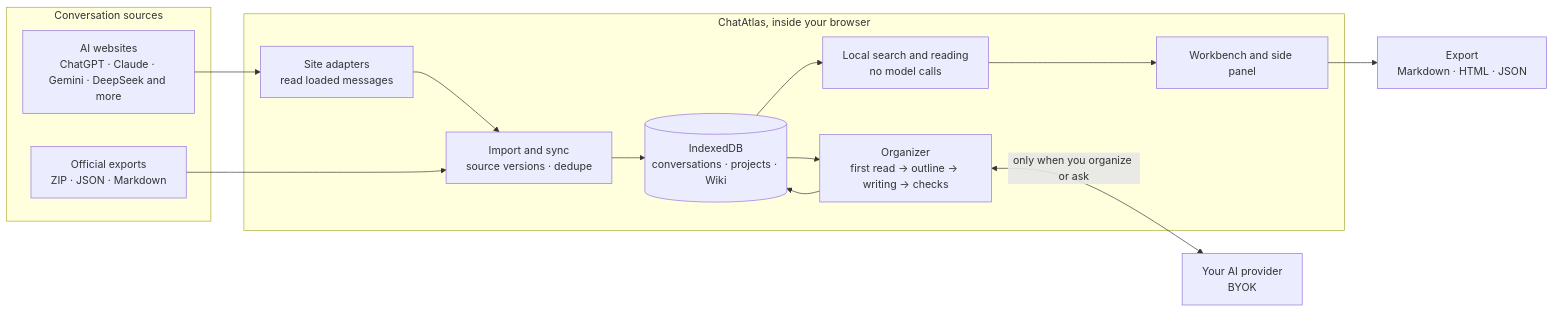
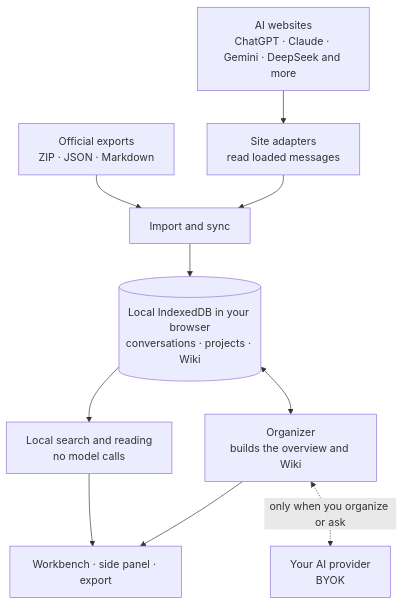
The diagram in README.en.md (CNZHM666/ChatAtlas), drawn with Mermaid before and after one commit. The commit also changed 1 other file, not shown here.

Commit message:
Draw the architecture diagram top to bottom with fewer, shorter nodes so it stays readable in the README column

````diff
--- a/README.en.md
+++ b/README.en.md
@@ -136,25 +136,12 @@
 ```mermaid
-flowchart LR
-  subgraph SRC["Conversation sources"]
-    WEB["AI websites<br/>ChatGPT · Claude · Gemini · DeepSeek and more"]
-    FILE["Official exports<br/>ZIP · JSON · Markdown"]
-  end
-  subgraph EXT["ChatAtlas, inside your browser"]
-    CAP["Site adapters<br/>read loaded messages"]
-    SYNC["Import and sync<br/>source versions · dedupe"]
-    DB[("IndexedDB<br/>conversations · projects · Wiki")]
-    FIND["Local search and reading<br/>no model calls"]
-    ORG["Organizer<br/>first read → outline → writing → checks"]
-    UI["Workbench and side panel"]
-  end
-  LLM["Your AI provider<br/>BYOK"]
-  OUT["Export<br/>Markdown · HTML · JSON"]
-
-  WEB --> CAP --> SYNC
-  FILE --> SYNC
-  SYNC --> DB
-  DB --> FIND --> UI
-  DB --> ORG --> DB
-  ORG <-->|only when you organize or ask| LLM
-  UI --> OUT
+flowchart TB
+  WEB["AI websites<br/>ChatGPT · Claude · Gemini · DeepSeek and more"] --> CAP["Site adapters<br/>read loaded messages"]
+  FILE["Official exports<br/>ZIP · JSON · Markdown"] --> SYNC
+  CAP --> SYNC["Import and sync"]
+  SYNC --> DB[("Local IndexedDB in your browser<br/>conversations · projects · Wiki")]
+  DB --> FIND["Local search and reading<br/>no model calls"]
+  DB <--> ORG["Organizer<br/>builds the overview and Wiki"]
+  ORG <-.->|only when you organize or ask| LLM["Your AI provider<br/>BYOK"]
+  FIND --> UI["Workbench · side panel · export"]
+  ORG --> UI
 ```
````
